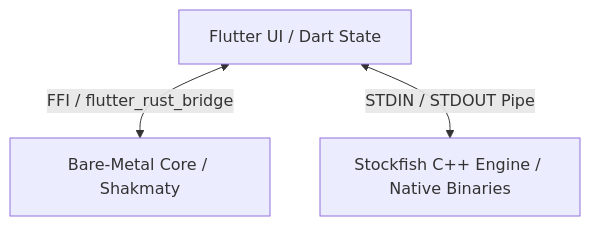
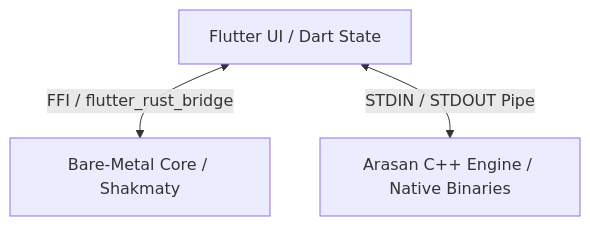
Before and after one commit to ideaSpaced90s/ica: the diagram in IdeaSpace-Chess-Academy.md, drawn with Mermaid. The commit also changed other lines of this file and 547 other files, not shown here.

First line of the commit message:
feat: replace Stockfish with Arasan Chess Engine

````diff
--- a/IdeaSpace-Chess-Academy.md
+++ b/IdeaSpace-Chess-Academy.md
@@ -227,5 +227,5 @@
 ```mermaid
 graph TD
     UI[Flutter UI / Dart State] <-->|FFI / flutter_rust_bridge| Rust[Bare-Metal Core / Shakmaty]
-    UI <-->|STDIN / STDOUT Pipe| Stockfish[Stockfish C++ Engine / Native Binaries]
+    UI <-->|STDIN / STDOUT Pipe| Arasan[Arasan C++ Engine / Native Binaries]
 ```
````
